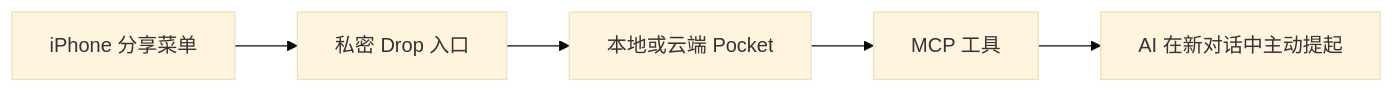
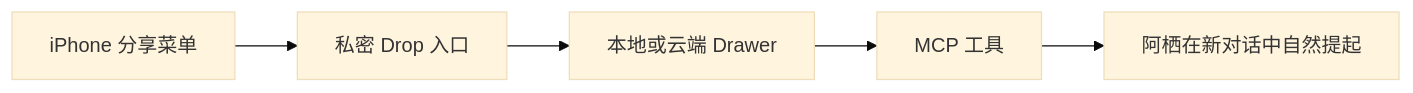
The diagram in README.md (GH161958/aqi-drawer), drawn with Mermaid (base theme) before and after one commit. The commit also changed other lines of this file and 20 other files, not shown here.

Commit message:
chore: hand over project identity to Aqi Drawer

````diff
--- a/README.md
+++ b/README.md
@@ -20,7 +22,7 @@
 ```mermaid
 flowchart LR
-  A["iPhone 分享菜单"] --> B["私密 Drop 入口"]
-  B --> C["本地或云端 Pocket"]
-  C --> D["MCP 工具"]
-  D --> E["AI 在新对话中主动提起"]
+  Share["iPhone 分享菜单"] --> Drop["私密 Drop 入口"]
+  Drop --> Store["本地或云端 Drawer"]
+  Store --> MCP["MCP 工具"]
+  MCP --> Aqi["阿栖在新对话中自然提起"]
 ```
````
